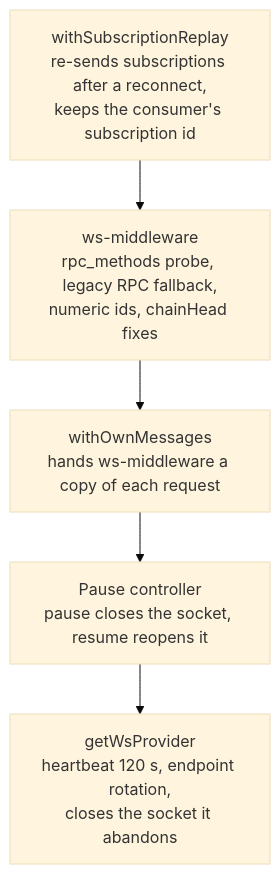
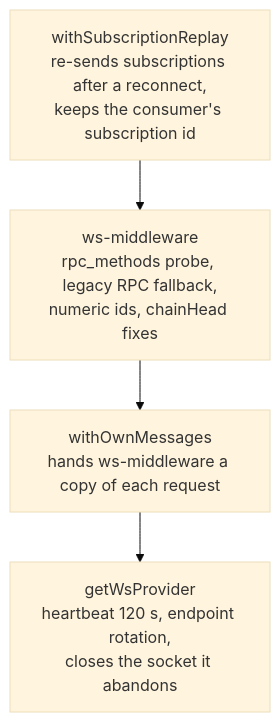
The third of 8 diagrams in docs/chain-connections.md (paritytech/dotli-community), drawn with Mermaid (base theme) before and after one commit. The commit also changed other lines of this file and 39 other files, not shown here.

````diff
--- a/docs/chain-connections.md
+++ b/docs/chain-connections.md
@@ -170,9 +170,8 @@
 ```mermaid
 flowchart TB
   R["withSubscriptionReplay<br/>re-sends subscriptions after a reconnect,<br/>keeps the consumer's subscription id"]
   W["ws-middleware<br/>rpc_methods probe, legacy RPC fallback,<br/>numeric ids, chainHead fixes"]
   C["withOwnMessages<br/>hands ws-middleware a copy of each request"]
-  P["Pause controller<br/>pause closes the socket, resume reopens it"]
   S["getWsProvider<br/>heartbeat 120 s, endpoint rotation,<br/>closes the socket it abandons"]
-  R --> W --> C --> P --> S
+  R --> W --> C --> S
 ```
````
